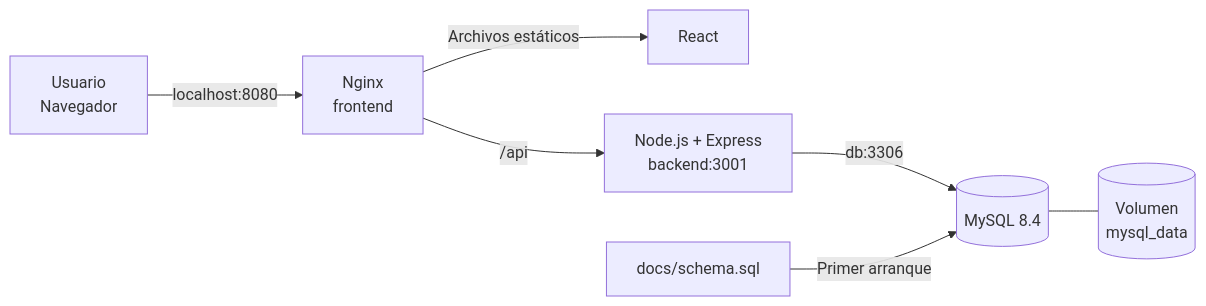
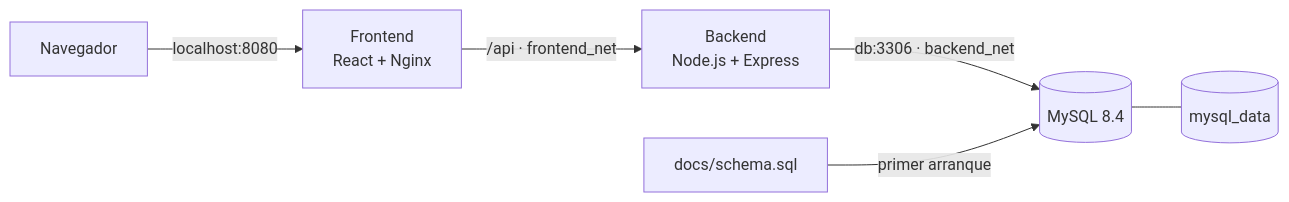
The diagram in README.md (General-Jhon/docker-repair-equipment-system), drawn with Mermaid before and after one commit. The commit also changed other lines of this file and 7 other files, not shown here.

````diff
--- a/README.md
+++ b/README.md
@@ -20,9 +9,8 @@
 ```mermaid
 flowchart LR
-    U[Usuario<br/>Navegador] -->|localhost:8080| N[Nginx<br/>frontend]
-    N -->|Archivos estáticos| R[React]
-    N -->|/api| B[Node.js + Express<br/>backend:3001]
-    B -->|db:3306| M[(MySQL 8.4)]
-    M --- V[(Volumen<br/>mysql_data)]
-    S[docs/schema.sql] -->|Primer arranque| M
+    U[Navegador] -->|localhost:8080| F[Frontend<br/>React + Nginx]
+    F -->|/api · frontend_net| B[Backend<br/>Node.js + Express]
+    B -->|db:3306 · backend_net| D[(MySQL 8.4)]
+    D --- V[(mysql_data)]
+    S[docs/schema.sql] -->|primer arranque| D
 ```
````
